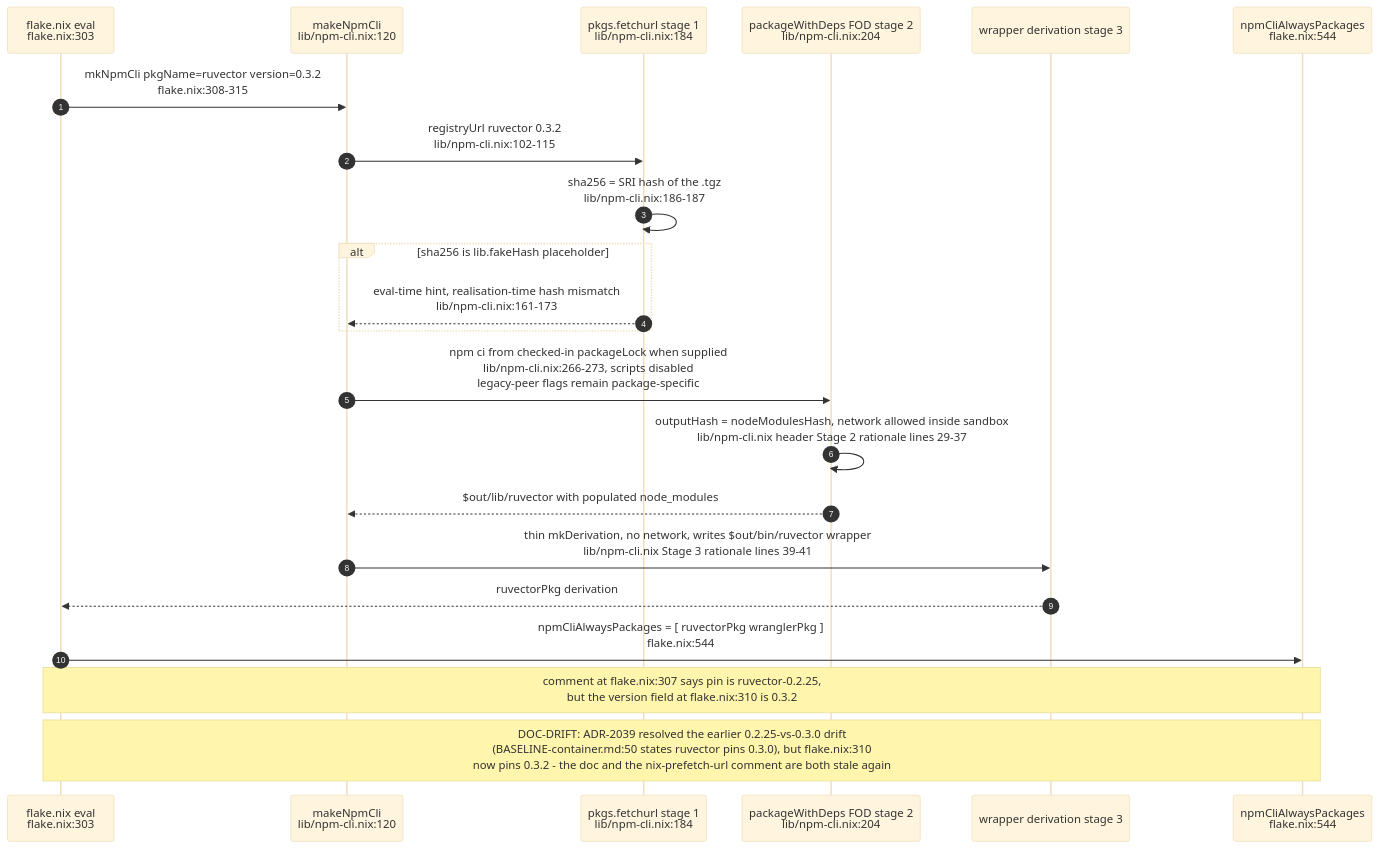
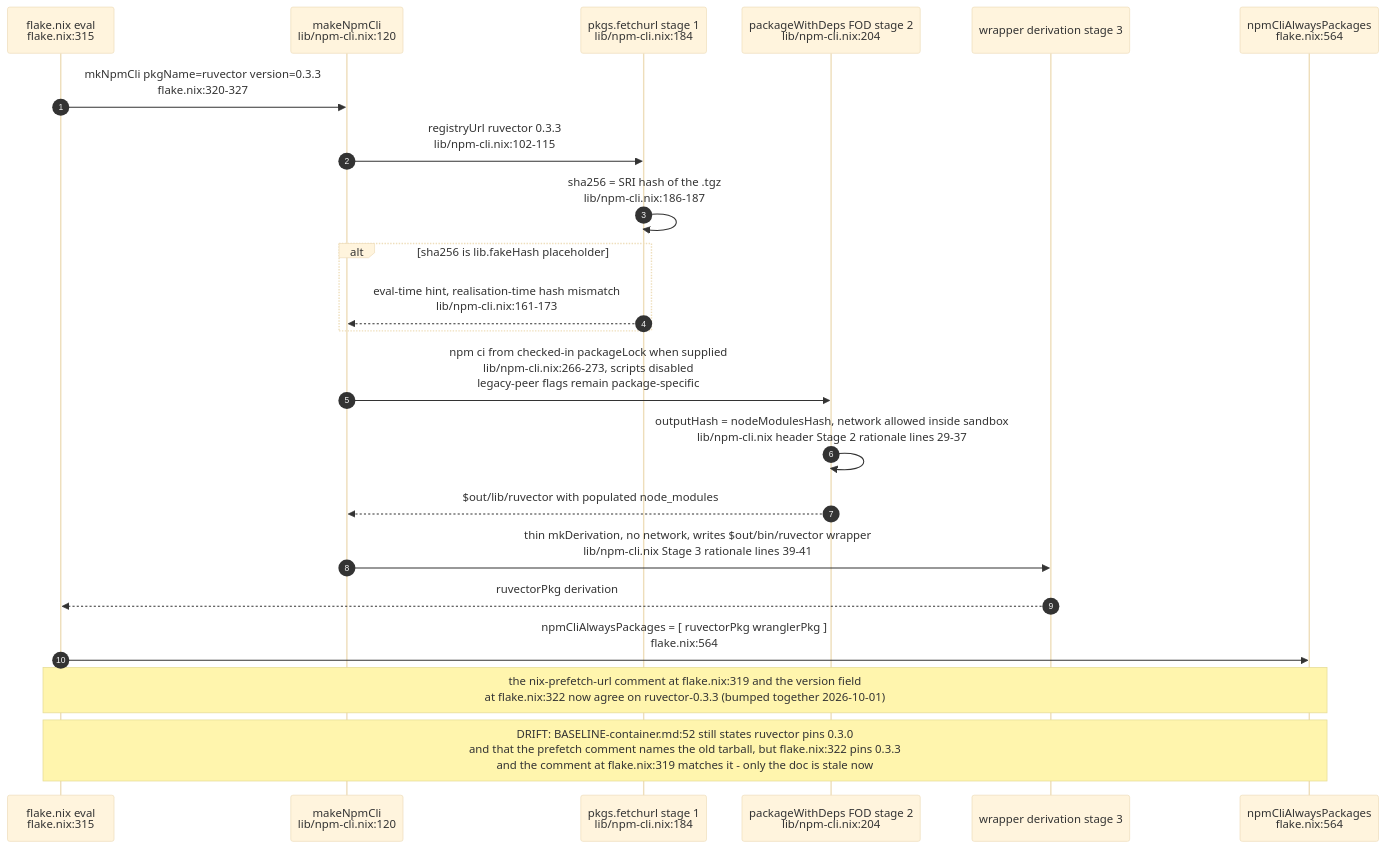
Before and after one commit to DreamLab-AI/VisionFlow: the fifth of 10 diagrams in docs/diagrams/agentbox/01-nix-flake-composition.md, drawn with Mermaid (base theme). The commit also changed other lines of this file and 94 other files, not shown here.

First line of the commit message:
docs(diagrams): re-verify 130 topics against 2 October HEADs

````diff
--- a/docs/diagrams/agentbox/01-nix-flake-composition.md
+++ b/docs/diagrams/agentbox/01-nix-flake-composition.md
@@ -217,25 +231,25 @@
 ```mermaid
 sequenceDiagram
     autonumber
-    participant FLAKE as flake.nix eval<br/>flake.nix:303
+    participant FLAKE as flake.nix eval<br/>flake.nix:315
     participant MK as makeNpmCli<br/>lib/npm-cli.nix:120
     participant FETCH as pkgs.fetchurl stage 1<br/>lib/npm-cli.nix:184
     participant FOD as packageWithDeps FOD stage 2<br/>lib/npm-cli.nix:204
     participant WRAP as wrapper derivation stage 3
-    participant ALWAYS as npmCliAlwaysPackages<br/>flake.nix:544
+    participant ALWAYS as npmCliAlwaysPackages<br/>flake.nix:564
 
-    FLAKE->>MK: mkNpmCli pkgName=ruvector version=0.3.2<br/>flake.nix:308-315
-    MK->>FETCH: registryUrl ruvector 0.3.2<br/>lib/npm-cli.nix:102-115
+    FLAKE->>MK: mkNpmCli pkgName=ruvector version=0.3.3<br/>flake.nix:320-327
+    MK->>FETCH: registryUrl ruvector 0.3.3<br/>lib/npm-cli.nix:102-115
     FETCH->>FETCH: sha256 = SRI hash of the .tgz<br/>lib/npm-cli.nix:186-187
     alt sha256 is lib.fakeHash placeholder
         FETCH-->>MK: eval-time hint, realisation-time hash mismatch<br/>lib/npm-cli.nix:161-173
     end
     MK->>FOD: npm ci from checked-in packageLock when supplied<br/>lib/npm-cli.nix:266-273, scripts disabled<br/>legacy-peer flags remain package-specific
     FOD->>FOD: outputHash = nodeModulesHash, network allowed inside sandbox<br/>lib/npm-cli.nix header Stage 2 rationale lines 29-37
     FOD-->>MK: $out/lib/ruvector with populated node_modules
     MK->>WRAP: thin mkDerivation, no network, writes $out/bin/ruvector wrapper<br/>lib/npm-cli.nix Stage 3 rationale lines 39-41
     WRAP-->>FLAKE: ruvectorPkg derivation
-    FLAKE->>ALWAYS: npmCliAlwaysPackages = [ ruvectorPkg wranglerPkg ]<br/>flake.nix:544
-    Note over FLAKE,ALWAYS: comment at flake.nix:307 says pin is ruvector-0.2.25,<br/>but the version field at flake.nix:310 is 0.3.2
-    Note over FLAKE,ALWAYS: DOC-DRIFT: ADR-2039 resolved the earlier 0.2.25-vs-0.3.0 drift<br/>(BASELINE-container.md:50 states ruvector pins 0.3.0), but flake.nix:310<br/>now pins 0.3.2 - the doc and the nix-prefetch-url comment are both stale again
+    FLAKE->>ALWAYS: npmCliAlwaysPackages = [ ruvectorPkg wranglerPkg ]<br/>flake.nix:564
+    Note over FLAKE,ALWAYS: the nix-prefetch-url comment at flake.nix:319 and the version field<br/>at flake.nix:322 now agree on ruvector-0.3.3 (bumped together 2026-10-01)
+    Note over FLAKE,ALWAYS: DRIFT: BASELINE-container.md:52 still states ruvector pins 0.3.0<br/>and that the prefetch comment names the old tarball, but flake.nix:322 pins 0.3.3<br/>and the comment at flake.nix:319 matches it - only the doc is stale now
 ```
````
